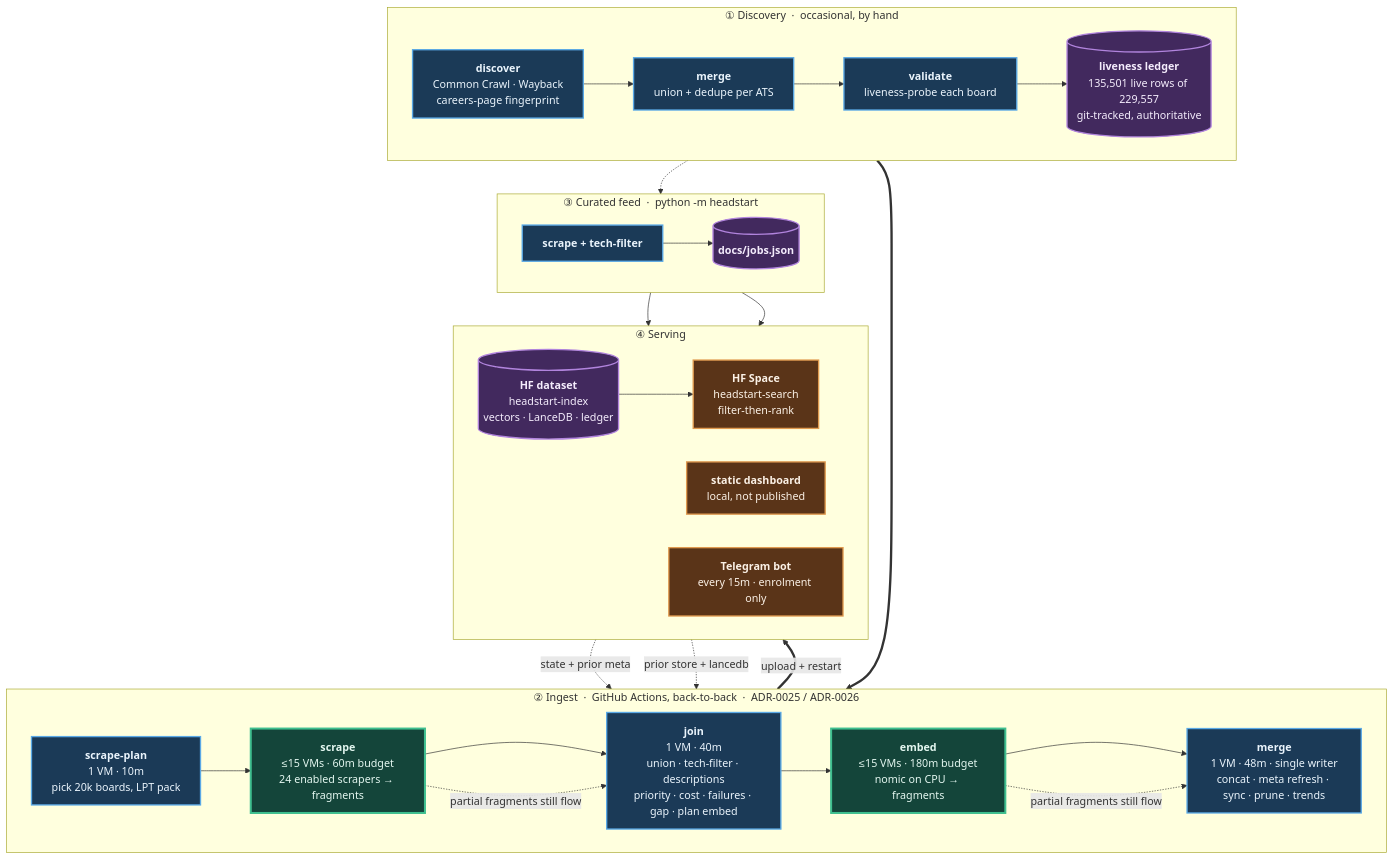
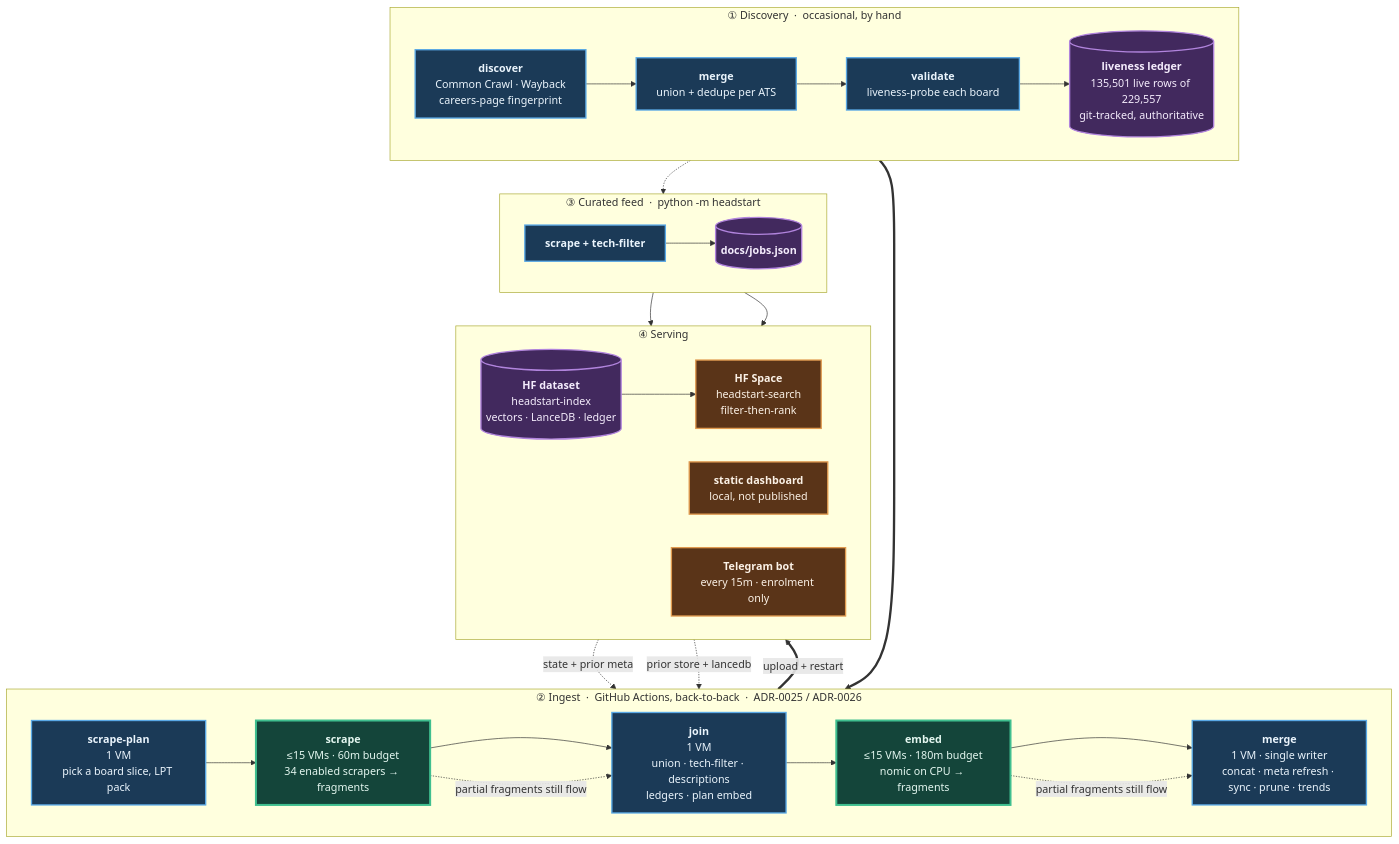
One commit to sarthakjain004/headstart changed the diagram in README.md. Above: the diagram before and after it, drawn with Mermaid. The commit also changed other lines of this file, not shown here.

````diff
--- a/README.md
+++ b/README.md
@@ -84,56 +137,56 @@
 ```mermaid
 flowchart TB
     subgraph D["① Discovery &nbsp;·&nbsp; occasional, by hand"]
         direction LR
         D1["<b>discover</b><br/>Common Crawl · Wayback<br/>careers-page fingerprint"]
         D2["<b>merge</b><br/>union + dedupe per ATS"]
         D3["<b>validate</b><br/>liveness-probe each board"]
         D4[("<b>liveness ledger</b><br/>135,501 live rows of 229,557<br/>git-tracked, authoritative")]
         D1 --> D2 --> D3 --> D4
     end
 
     subgraph P["② Ingest &nbsp;·&nbsp; GitHub Actions, back-to-back &nbsp;·&nbsp; ADR-0025 / ADR-0026"]
         direction LR
-        P1["<b>scrape-plan</b><br/>1 VM · 10m<br/>pick 20k boards, LPT pack"]
-        P2["<b>scrape</b><br/>≤15 VMs · 60m budget<br/>24 enabled scrapers → fragments"]
-        P3["<b>join</b><br/>1 VM · 40m<br/>union · tech-filter · descriptions<br/>priority · cost · failures · gap · plan embed"]
+        P1["<b>scrape-plan</b><br/>1 VM<br/>pick a board slice, LPT pack"]
+        P2["<b>scrape</b><br/>≤15 VMs · 60m budget<br/>34 enabled scrapers → fragments"]
+        P3["<b>join</b><br/>1 VM<br/>union · tech-filter · descriptions<br/>ledgers · plan embed"]
         P4["<b>embed</b><br/>≤15 VMs · 180m budget<br/>nomic on CPU → fragments"]
-        P5["<b>merge</b><br/>1 VM · 48m · single writer<br/>concat · meta refresh · sync · prune · trends"]
+        P5["<b>merge</b><br/>1 VM · single writer<br/>concat · meta refresh · sync · prune · trends"]
         P1 --> P2 --> P3 --> P4 --> P5
     end
 
     subgraph F["③ Curated feed &nbsp;·&nbsp; python -m headstart"]
         direction LR
         F1["<b>scrape + tech-filter</b>"]
         F2[("<b>docs/jobs.json</b>")]
         F1 --> F2
     end
 
     subgraph S["④ Serving"]
         direction LR
         S1[("<b>HF dataset</b><br/>headstart-index<br/>vectors · LanceDB · ledger")]
         S2["<b>HF Space</b><br/>headstart-search<br/>filter-then-rank"]
         S3["<b>static dashboard</b><br/>local, not published"]
         S4["<b>Telegram bot</b><br/>every 15m · enrolment only"]
         S1 --> S2
     end
 
     D4 ==> P1
     S1 -. "state + prior meta" .-> P1
     S1 -. "prior store + lancedb" .-> P5
     D4 -.-> F1
     P5 ==>|"upload + restart"| S1
     F2 --> S3
     F2 --> S4
     P2 -. "partial fragments still flow" .-> P3
     P4 -. "partial fragments still flow" .-> P5
 
     classDef serial fill:#1b3a57,stroke:#5aa9e6,stroke-width:2px,color:#eaf4fc
     classDef fan fill:#14453a,stroke:#3fbf8f,stroke-width:3px,color:#e4f7f0
     classDef store fill:#42295e,stroke:#b184dd,stroke-width:2px,color:#f4ecfc
     classDef serve fill:#5a3418,stroke:#e09a4f,stroke-width:2px,color:#fbf1e6
     class D1,D2,D3,P1,P3,P5,F1 serial
     class P2,P4 fan
     class D4,F2,S1 store
     class S2,S3,S4 serve
 ```
````
